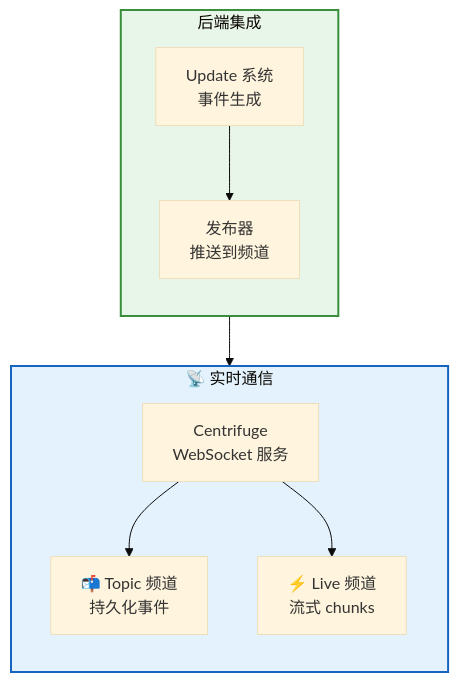
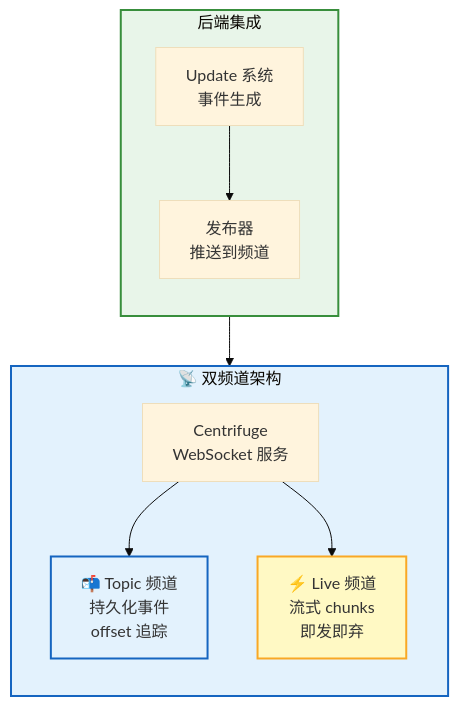
One commit to rtc-agent/docs changed the tenth of 11 diagrams in src/content/docs/architecture/backend.md. Above: the diagram before and after it, drawn with Mermaid (base theme). The commit also changed other lines of this file and 60 other files, not shown here.

First line of the commit message:
docs(site): refresh documentation with new sections and improved diagrams

````diff
--- a/src/content/docs/architecture/backend.md
+++ b/src/content/docs/architecture/backend.md
@@ -217,21 +323,23 @@
 ```mermaid
 flowchart TD
-    subgraph COMM["📡 实时通信"]
+    subgraph COMM["📡 双频道架构"]
         direction TB
         CF["Centrifuge<br/>WebSocket 服务"]
 
-        CF --> TOPIC["📬 Topic 频道<br/>持久化事件"]
-        CF --> LIVE["⚡ Live 频道<br/>流式 chunks"]
+        CF --> TOPIC["📬 Topic 频道<br/>持久化事件<br/>offset 追踪"]
+        CF --> LIVE["⚡ Live 频道<br/>流式 chunks<br/>即发即弃"]
     end
 
     subgraph BACKEND["后端集成"]
         direction TB
         UPD["Update 系统<br/>事件生成"]
         PUB["发布器<br/>推送到频道"]
     end
 
     UPD --> PUB --> CF
 
     style COMM fill:#e3f2fd,stroke:#1565c0,stroke-width:2px
     style BACKEND fill:#e8f5e9,stroke:#388e3c,stroke-width:2px
+    style TOPIC fill:#e3f2fd,stroke:#1565c0,stroke-width:2px
+    style LIVE fill:#fff9c4,stroke:#f9a825,stroke-width:2px
 ```
````
